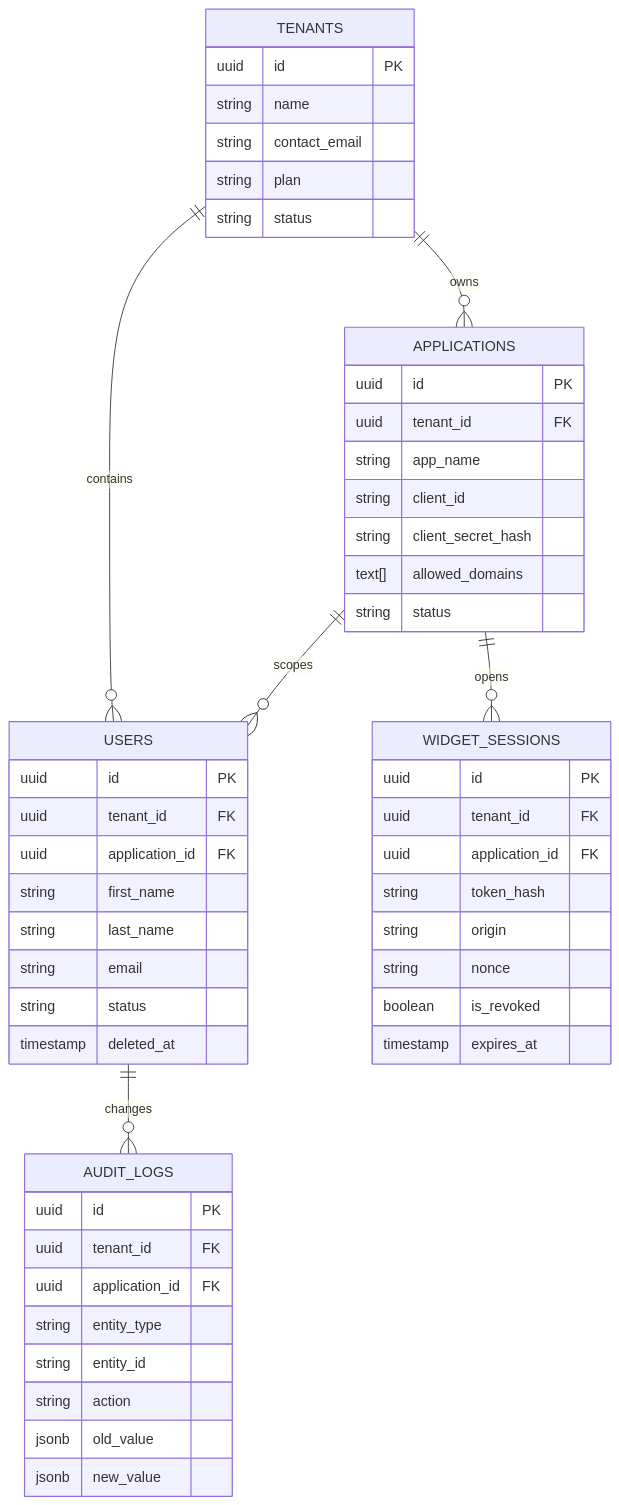
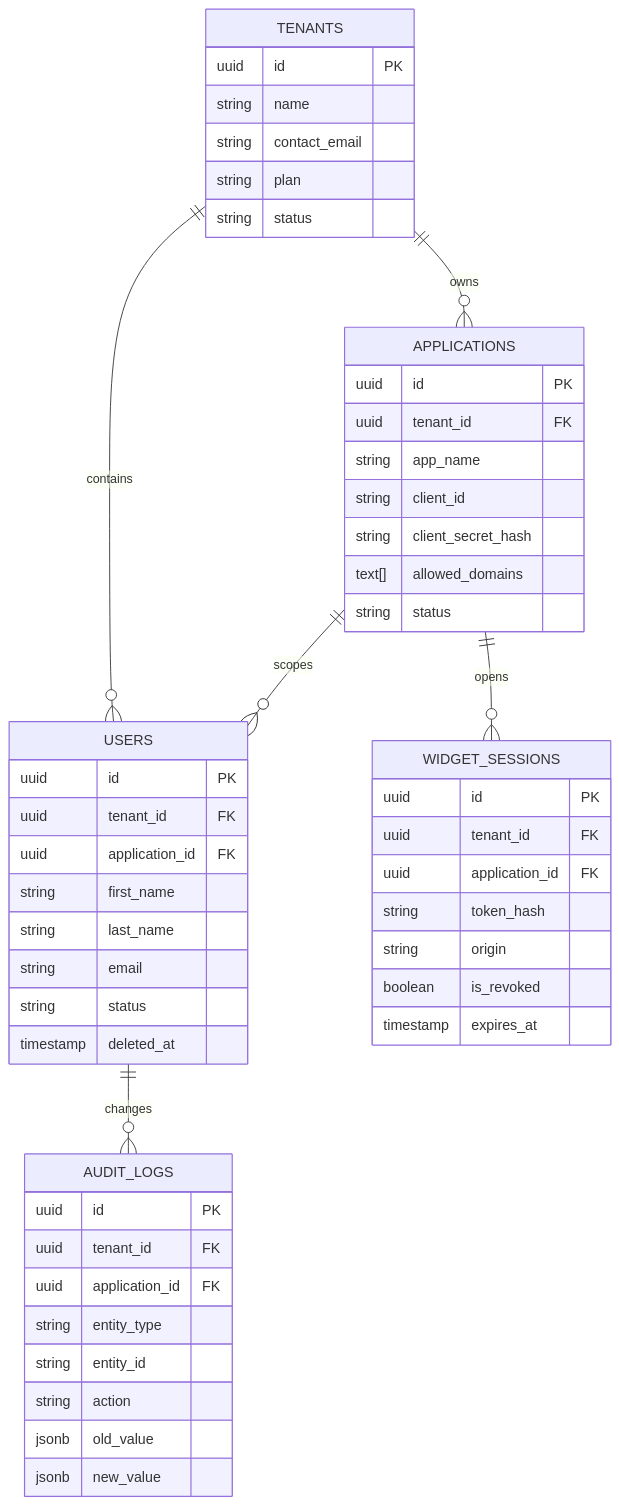
The first of 3 diagrams in README.md (Harshathkulal/widget), drawn with Mermaid before and after one commit. The commit also changed other lines of this file and 15 other files, not shown here.

Commit message:
fix: widget init session flow

````diff
--- a/README.md
+++ b/README.md
@@ -85,59 +101,58 @@
 ```mermaid
 erDiagram
   TENANTS ||--o{ APPLICATIONS : owns
   TENANTS ||--o{ USERS : contains
   APPLICATIONS ||--o{ USERS : scopes
   APPLICATIONS ||--o{ WIDGET_SESSIONS : opens
   USERS ||--o{ AUDIT_LOGS : changes
 
   TENANTS {
     uuid id PK
     string name
     string contact_email
     string plan
     string status
   }
 
   APPLICATIONS {
     uuid id PK
     uuid tenant_id FK
     string app_name
     string client_id
     string client_secret_hash
     text[] allowed_domains
     string status
   }
 
   USERS {
     uuid id PK
     uuid tenant_id FK
     uuid application_id FK
     string first_name
     string last_name
     string email
     string status
     timestamp deleted_at
   }
 
   WIDGET_SESSIONS {
     uuid id PK
     uuid tenant_id FK
     uuid application_id FK
     string token_hash
     string origin
-    string nonce
     boolean is_revoked
     timestamp expires_at
   }
 
   AUDIT_LOGS {
     uuid id PK
     uuid tenant_id FK
     uuid application_id FK
     string entity_type
     string entity_id
     string action
     jsonb old_value
     jsonb new_value
   }
 ```
````
